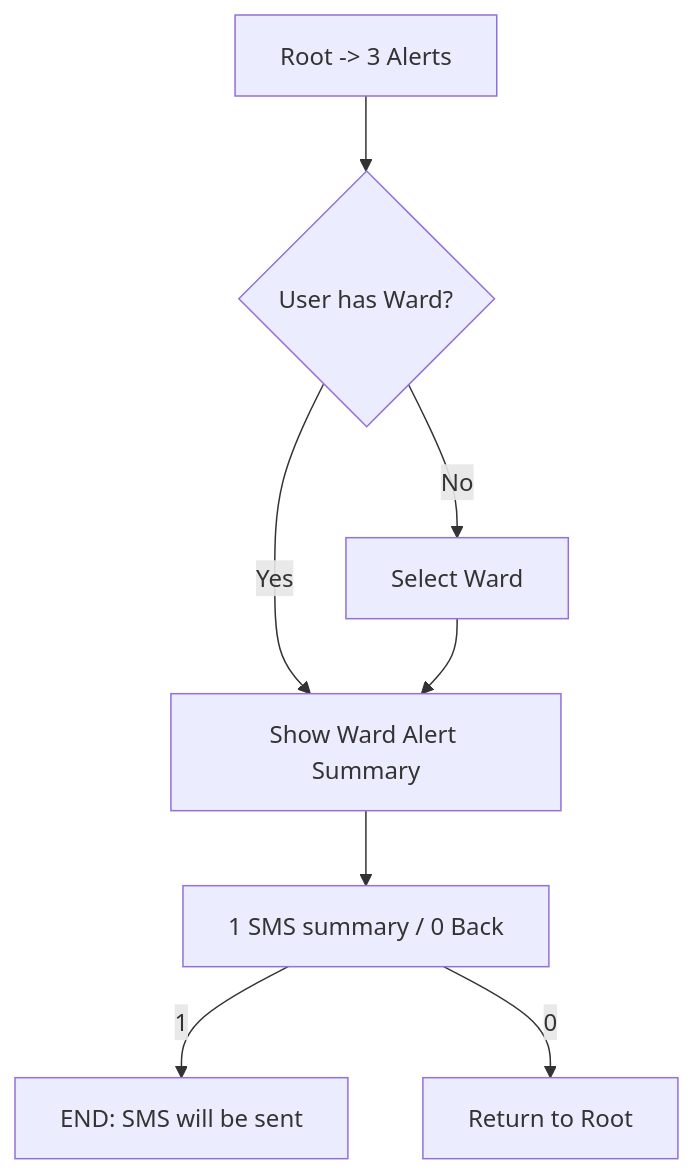
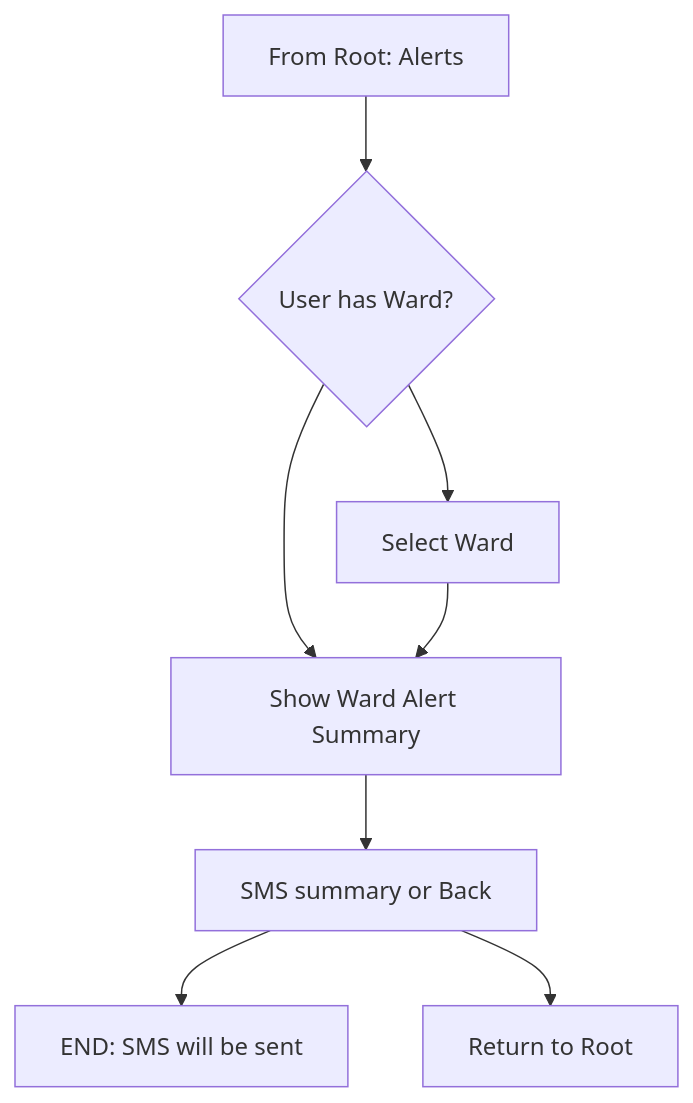
One commit to Vulimwa/hifadhi-ussd changed the sixth of 10 diagrams in USSD_SYSTEM_DIAGRAMS.md. Above: the diagram before and after it, drawn with Mermaid. The commit also changed other lines of this file, not shown here.

Commit message:
Fixed the erd rendering issues

````diff
--- a/USSD_SYSTEM_DIAGRAMS.md
+++ b/USSD_SYSTEM_DIAGRAMS.md
@@ -143,10 +138,10 @@
 ```mermaid
 flowchart TD
-    A[Root -> 3 Alerts] --> B{User has Ward?}
-    B -->|Yes| C[Show Ward Alert Summary]
-    B -->|No| D[Select Ward]
+    A[From Root: Alerts] --> B{User has Ward?}
+    B --> C[Show Ward Alert Summary]
+    B --> D[Select Ward]
     D --> C
-    C --> E[1 SMS summary / 0 Back]
-    E -->|1| F[END: SMS will be sent]
-    E -->|0| G[Return to Root]
+    C --> E[SMS summary or Back]
+    E --> F[END: SMS will be sent]
+    E --> G[Return to Root]
 ```
````
